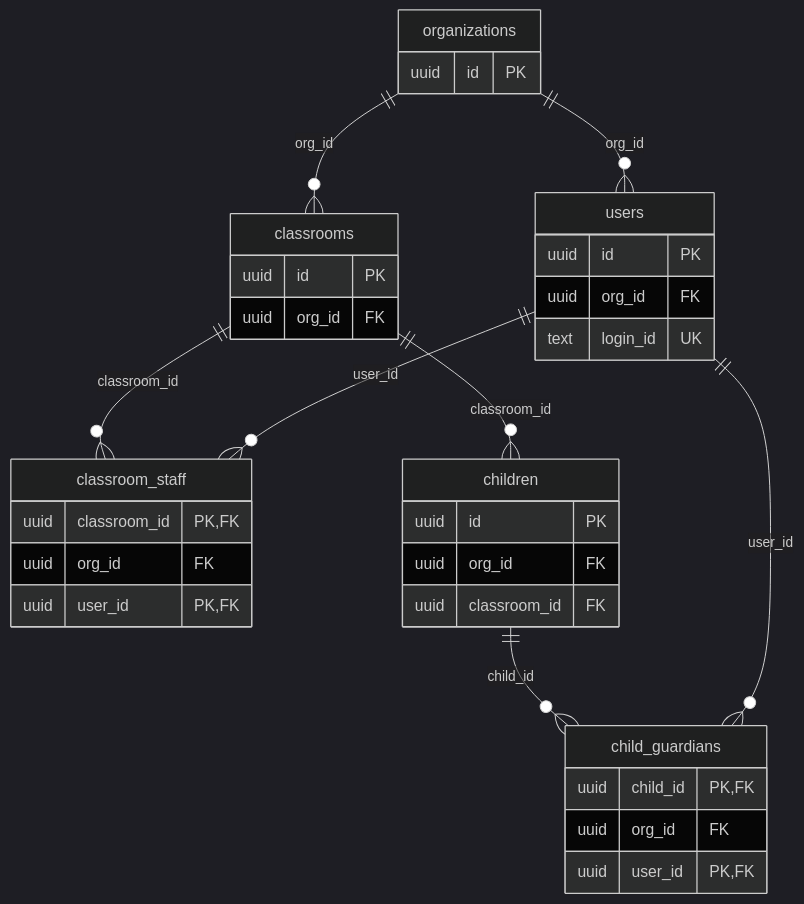
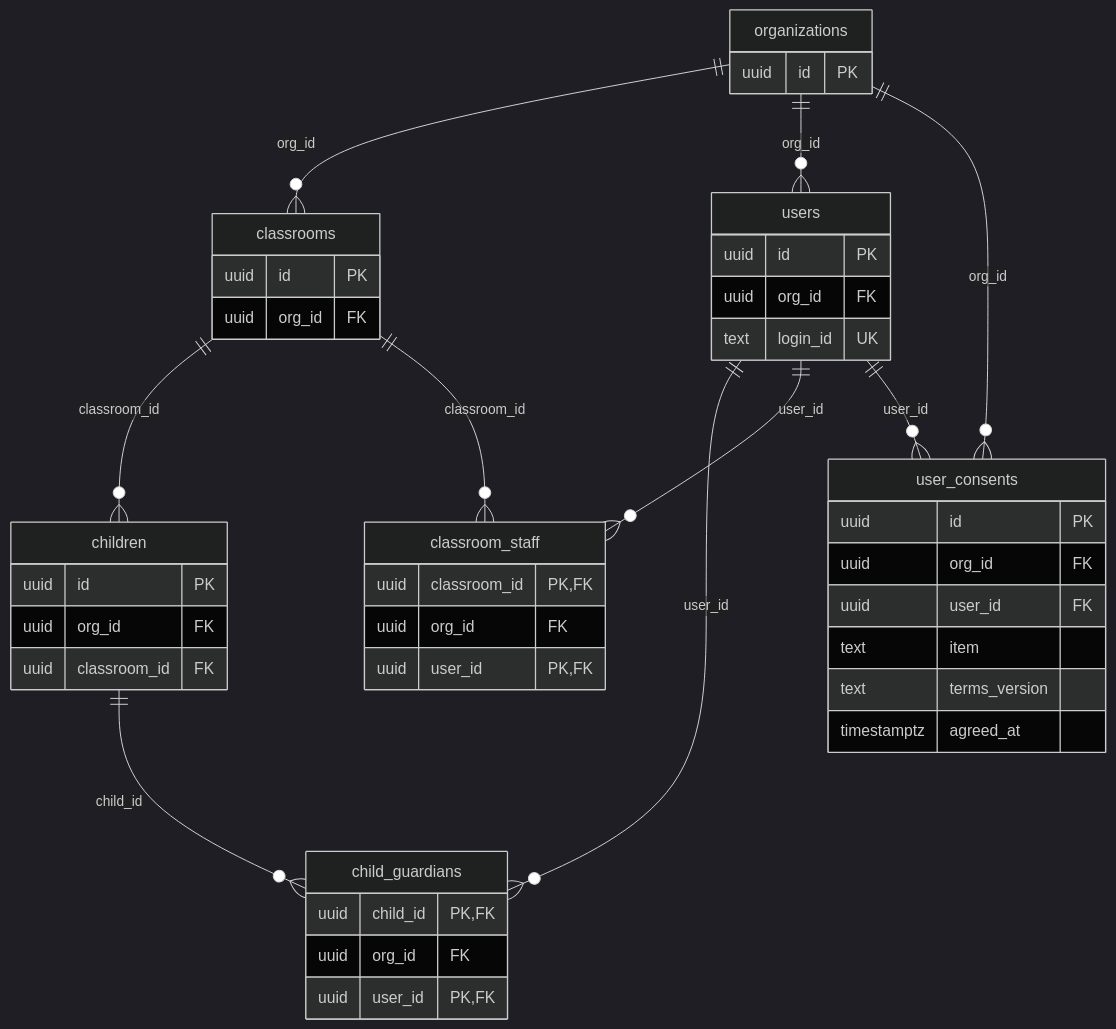
The first of 6 diagrams in Docs/Step2/DB_스키마_설계서.md (aio-final-2team/FinalProject_2Team), drawn with Mermaid (dark theme) before and after one commit. The commit also changed other lines of this file and 33 other files, not shown here.

````diff
--- a/Docs/Step2/DB_스키마_설계서.md
+++ b/Docs/Step2/DB_스키마_설계서.md
@@ -63,16 +63,19 @@
 ```mermaid
 erDiagram
     organizations { uuid id PK }
     classrooms { uuid id PK uuid org_id FK }
     users { uuid id PK uuid org_id FK text login_id UK }
+    user_consents { uuid id PK uuid org_id FK uuid user_id FK text item text terms_version timestamptz agreed_at }
     classroom_staff { uuid classroom_id PK, FK uuid org_id FK uuid user_id PK, FK }
     children { uuid id PK uuid org_id FK uuid classroom_id FK }
     child_guardians { uuid child_id PK, FK uuid org_id FK uuid user_id PK, FK }
     children ||--o{ child_guardians : "child_id"
     users ||--o{ child_guardians : "user_id"
     classrooms ||--o{ children : "classroom_id"
     organizations ||--o{ classrooms : "org_id"
     classrooms ||--o{ classroom_staff : "classroom_id"
     users ||--o{ classroom_staff : "user_id"
     organizations ||--o{ users : "org_id"
+    organizations ||--o{ user_consents : "org_id"
+    users ||--o{ user_consents : "user_id"
 ```
````
